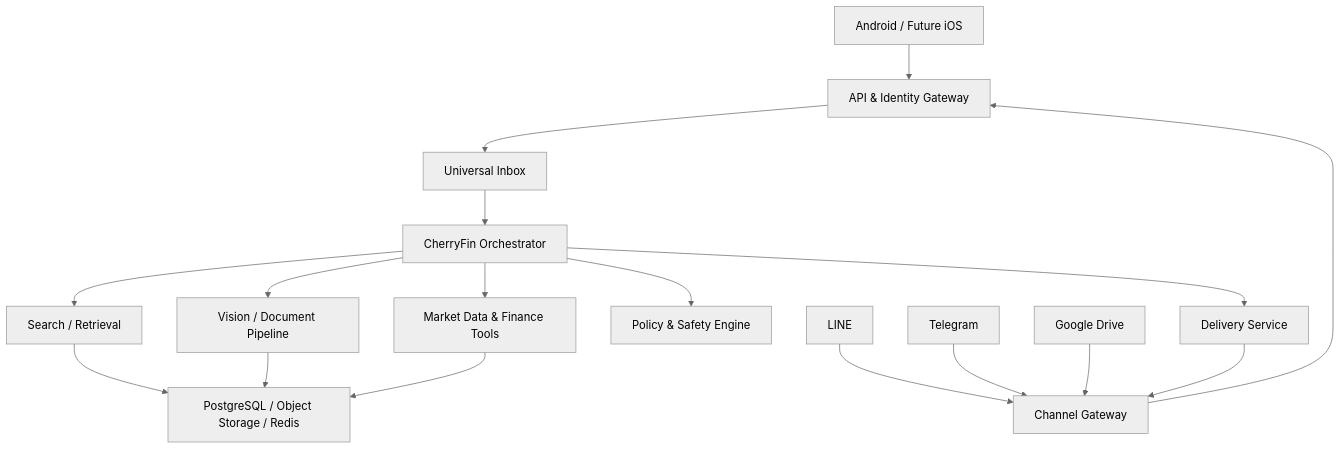
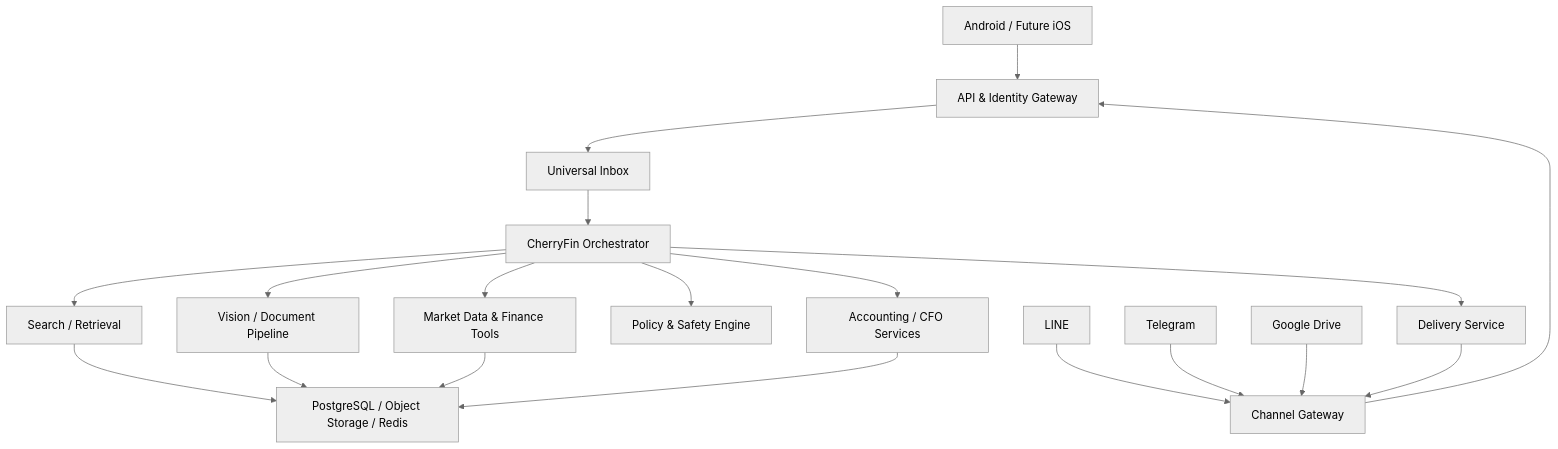
Before and after one commit to paddman/-cherry-finance: the diagram in docs/architecture/CherryFin_Full_System_Design.md, drawn with Mermaid (neutral theme). The commit also changed other lines of this file, not shown here.

Commit message:
docs: expand architecture to full CFO OS

````diff
--- a/docs/architecture/CherryFin_Full_System_Design.md
+++ b/docs/architecture/CherryFin_Full_System_Design.md
@@ -97,19 +106,21 @@
 ```mermaid
 flowchart TD
     U["Android / Future iOS"] --> G["API & Identity Gateway"]
     L["LINE"] --> C["Channel Gateway"]
     T["Telegram"] --> C
     D["Google Drive"] --> C
     C --> G
     G --> I["Universal Inbox"]
     I --> O["CherryFin Orchestrator"]
     O --> P["Policy & Safety Engine"]
     O --> R["Search / Retrieval"]
     O --> V["Vision / Document Pipeline"]
     O --> M["Market Data & Finance Tools"]
+    O --> F["Accounting / CFO Services"]
     O --> N["Delivery Service"]
     R --> S["PostgreSQL / Object Storage / Redis"]
     V --> S
     M --> S
+    F --> S
     N --> C
 ```
````
